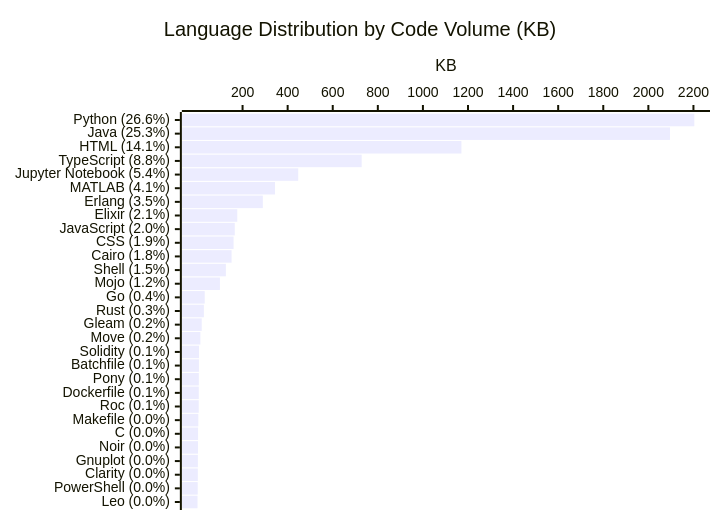
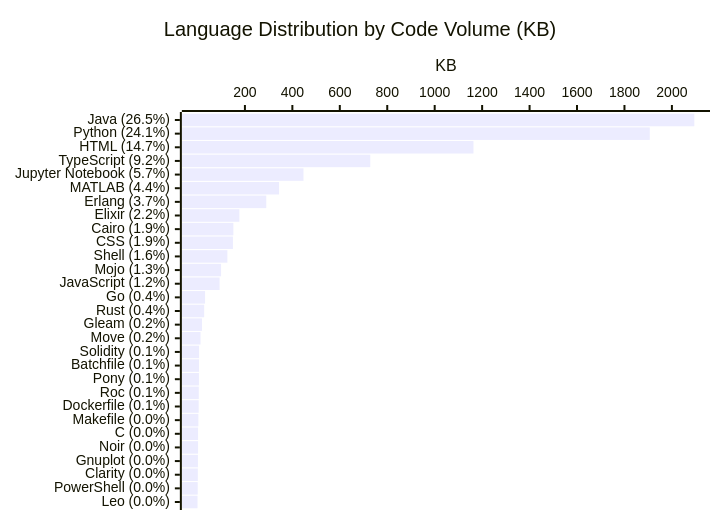
One commit to KathiraveluLab/.github changed the diagram in profile/README.md. Above: the diagram before and after it, drawn with Mermaid. The commit also changed other lines of this file and 1 other file, not shown here.

````diff
--- a/profile/README.md
+++ b/profile/README.md
@@ -68,7 +65,7 @@
 ```mermaid
 xychart-beta horizontal
     title "Language Distribution by Code Volume (KB)"
-    x-axis ["Python (26.6%)", "Java (25.3%)", "HTML (14.1%)", "TypeScript (8.8%)", "Jupyter Notebook (5.4%)", "MATLAB (4.1%)", "Erlang (3.5%)", "Elixir (2.1%)", "JavaScript (2.0%)", "CSS (1.9%)", "Cairo (1.8%)", "Shell (1.5%)", "Mojo (1.2%)", "Go (0.4%)", "Rust (0.3%)", "Gleam (0.2%)", "Move (0.2%)", "Solidity (0.1%)", "Batchfile (0.1%)", "Pony (0.1%)", "Dockerfile (0.1%)", "Roc (0.1%)", "Makefile (0.0%)", "C (0.0%)", "Noir (0.0%)", "Gnuplot (0.0%)", "Clarity (0.0%)", "PowerShell (0.0%)", "Leo (0.0%)"]
+    x-axis ["Java (26.5%)", "Python (24.1%)", "HTML (14.7%)", "TypeScript (9.2%)", "Jupyter Notebook (5.7%)", "MATLAB (4.4%)", "Erlang (3.7%)", "Elixir (2.2%)", "Cairo (1.9%)", "CSS (1.9%)", "Shell (1.6%)", "Mojo (1.3%)", "JavaScript (1.2%)", "Go (0.4%)", "Rust (0.4%)", "Gleam (0.2%)", "Move (0.2%)", "Solidity (0.1%)", "Batchfile (0.1%)", "Pony (0.1%)", "Roc (0.1%)", "Dockerfile (0.1%)", "Makefile (0.0%)", "C (0.0%)", "Noir (0.0%)", "Gnuplot (0.0%)", "Clarity (0.0%)", "PowerShell (0.0%)", "Leo (0.0%)"]
     y-axis "KB"
-    bar [2203.9, 2095.91, 1170.69, 728.35, 446.91, 343.93, 289.93, 176.6, 165.52, 160.01, 151.31, 126.02, 99.52, 32.03, 28.25, 18.9, 12.89, 6.65, 6.48, 6.01, 5.75, 5.51, 3.74, 2.58, 2.46, 1.82, 1.53, 1.02, 0.26]
+    bar [2094.5, 1906.65, 1163.43, 728.35, 446.91, 343.93, 289.93, 176.6, 151.31, 149.46, 126.02, 99.52, 93.13, 32.03, 28.25, 18.9, 12.89, 6.65, 6.48, 6.01, 5.51, 5.12, 3.74, 2.58, 2.46, 1.82, 1.53, 1.02, 0.26]
 ```
````
